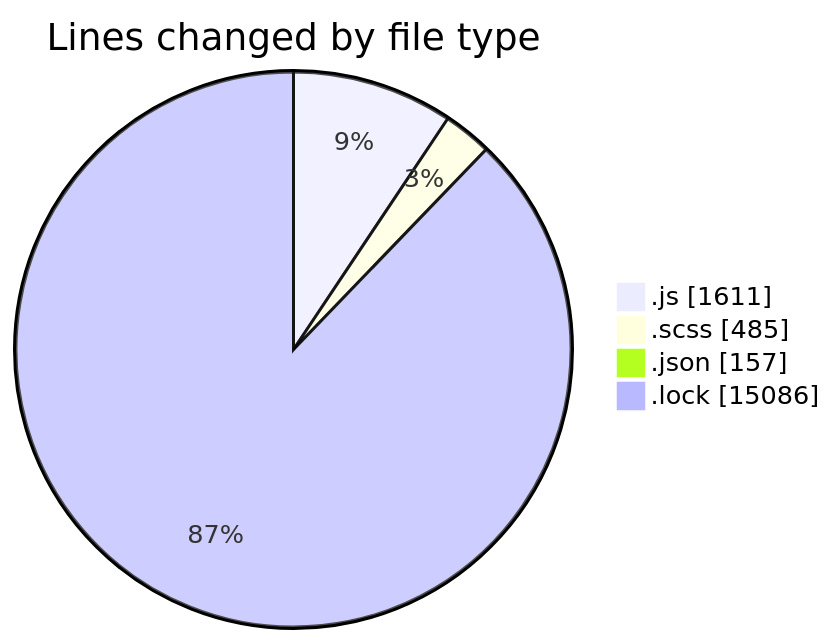
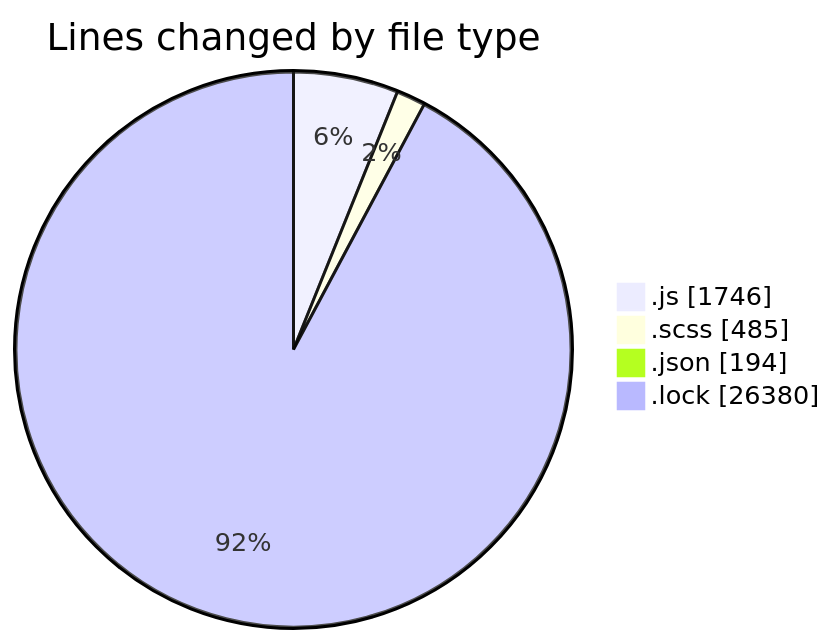
Before and after one commit to momahboobian/code-tracking: the first of 2 diagrams in 2026-01-05/cda/README.md, drawn with Mermaid. The commit also changed other lines of this file and 1 other file, not shown here.

````diff
--- a/2026-01-05/cda/README.md
+++ b/2026-01-05/cda/README.md
@@ -38,8 +41,8 @@
 ```mermaid
 pie showData
 title Lines changed by file type
-".js" : 1611
+".js" : 1746
 ".scss" : 485
-".json" : 157
-".lock" : 15086
+".json" : 194
+".lock" : 26380
 ```
````
